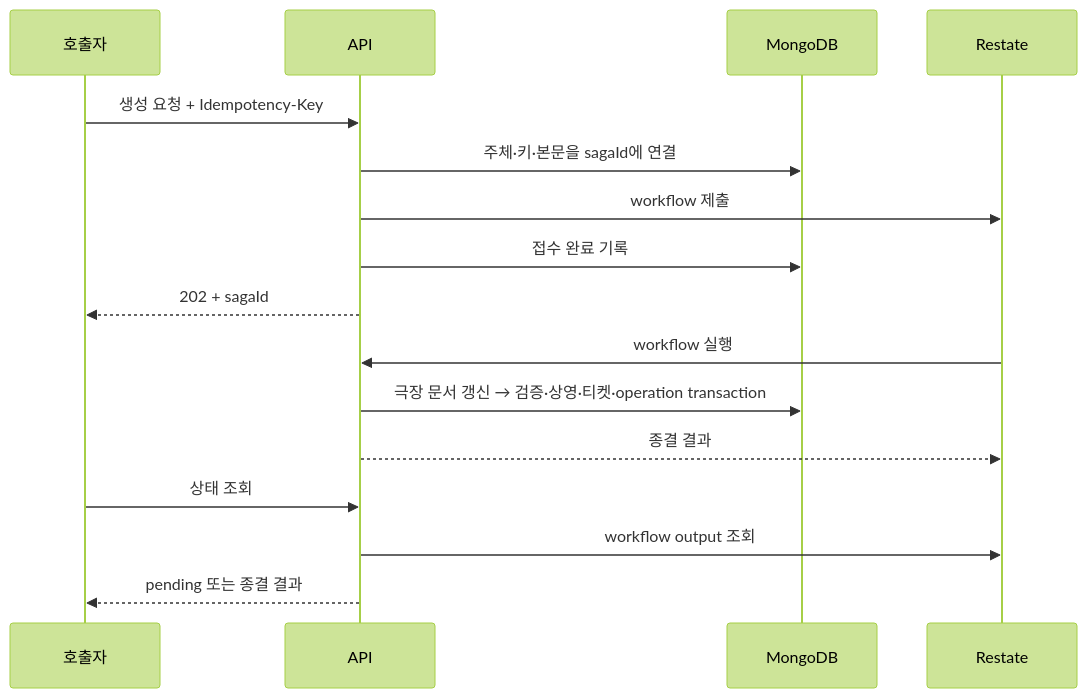
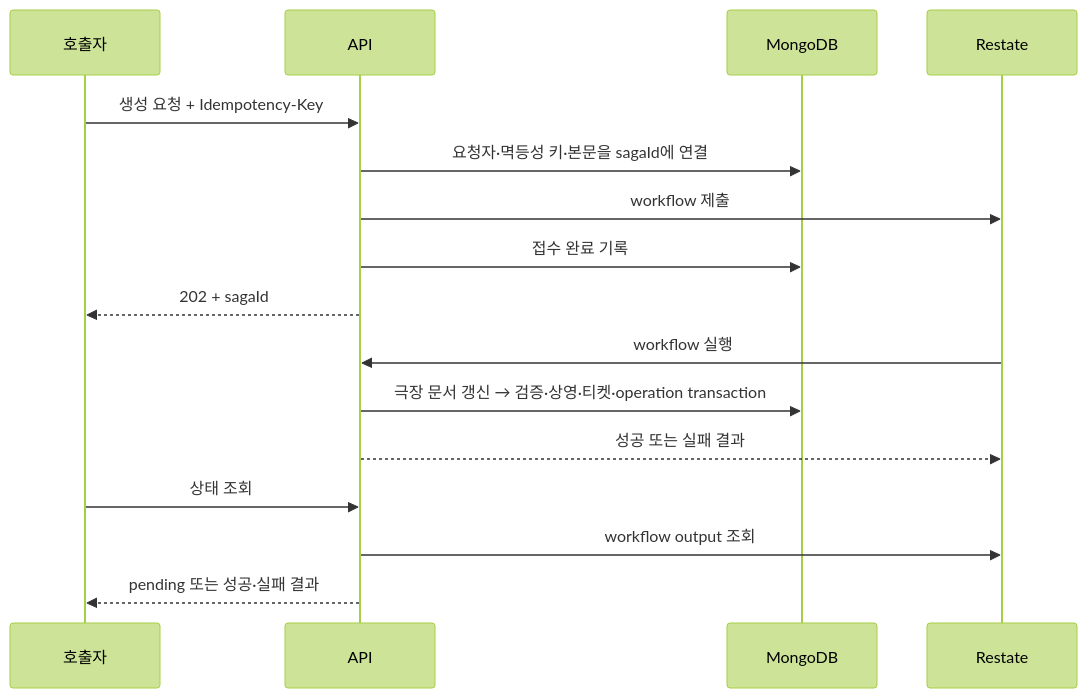
Before and after one commit to mannercode/nest-seed: the fourth of 5 diagrams in apps/README.md, drawn with Mermaid (forest theme). The commit also changed other lines of this file and 60 other files, not shown here.

````diff
--- a/apps/README.md
+++ b/apps/README.md
@@ -110,18 +110,18 @@
 ```mermaid
 sequenceDiagram
     participant C as 호출자
     participant A as API
     participant M as MongoDB
     participant R as Restate
     C->>A: 생성 요청 + Idempotency-Key
-    A->>M: 주체·키·본문을 sagaId에 연결
+    A->>M: 요청자·멱등성 키·본문을 sagaId에 연결
     A->>R: workflow 제출
     A->>M: 접수 완료 기록
     A-->>C: 202 + sagaId
     R->>A: workflow 실행
     A->>M: 극장 문서 갱신 → 검증·상영·티켓·operation transaction
-    A-->>R: 종결 결과
+    A-->>R: 성공 또는 실패 결과
     C->>A: 상태 조회
     A->>R: workflow output 조회
-    A-->>C: pending 또는 종결 결과
+    A-->>C: pending 또는 성공·실패 결과
 ```
````
